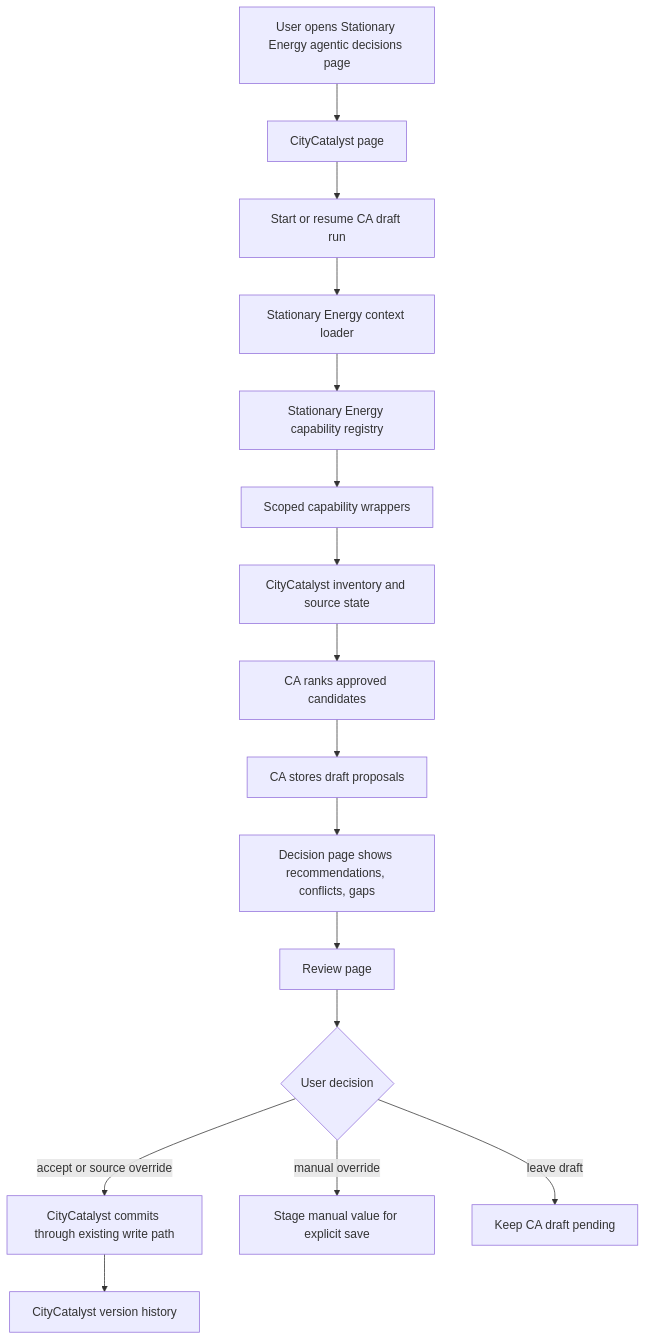
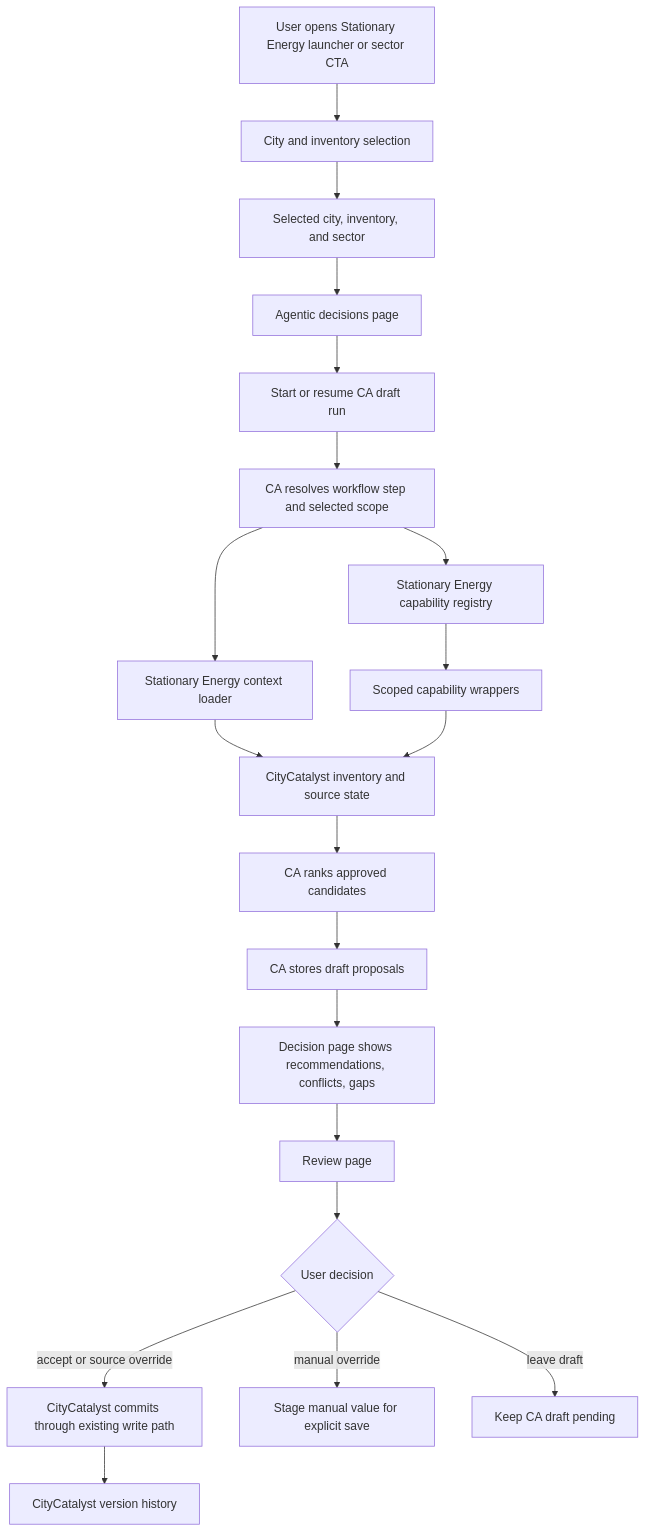
One commit to Open-Earth-Foundation/CityCatalyst changed the fifth of 6 diagrams in docs/plan.md. Above: the diagram before and after it, drawn with Mermaid. The commit also changed other lines of this file and 1 other file, not shown here.

Commit message:
docs: refine stationary energy agentic plan

````diff
--- a/docs/plan.md
+++ b/docs/plan.md
@@ -900,18 +609,22 @@
 ```mermaid
 flowchart TD
-  User["User opens Stationary Energy agentic decisions page"] --> CCPage["CityCatalyst page"]
+  User["User opens Stationary Energy launcher or sector CTA"] --> Selector["City and inventory selection"]
+  Selector --> ChosenScope["Selected city, inventory, and sector"]
+  ChosenScope --> CCPage["Agentic decisions page"]
   CCPage --> CAStart["Start or resume CA draft run"]
-  CAStart --> Loader["Stationary Energy context loader"]
-  Loader --> Registry["Stationary Energy capability registry"]
+  CAStart --> CAResolve["CA resolves workflow step and selected scope"]
+  CAResolve --> Registry["Stationary Energy capability registry"]
+  CAResolve --> Loader["Stationary Energy context loader"]
   Registry --> Wrappers["Scoped capability wrappers"]
-  Wrappers --> CCState["CityCatalyst inventory and source state"]
+  Loader --> CCState["CityCatalyst inventory and source state"]
+  Wrappers --> CCState
   CCState --> CADecide["CA ranks approved candidates"]
   CADecide --> CADrafts["CA stores draft proposals"]
   CADrafts --> DecisionsPage["Decision page shows recommendations, conflicts, gaps"]
   DecisionsPage --> ReviewPage["Review page"]
   ReviewPage --> UserDecision{"User decision"}
   UserDecision -->|accept or source override| CCCommit["CityCatalyst commits through existing write path"]
   UserDecision -->|manual override| ManualStage["Stage manual value for explicit save"]
   UserDecision -->|leave draft| KeepDraft["Keep CA draft pending"]
   CCCommit --> VersionHistory["CityCatalyst version history"]
 ```
````
